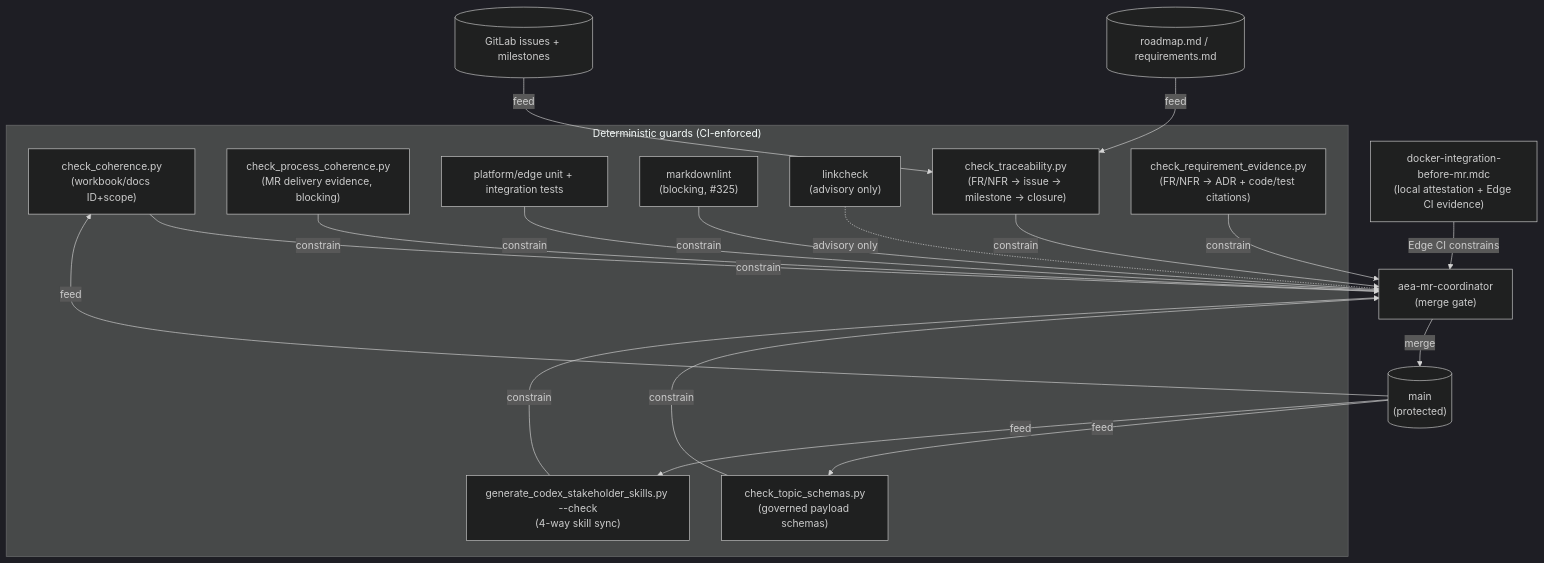
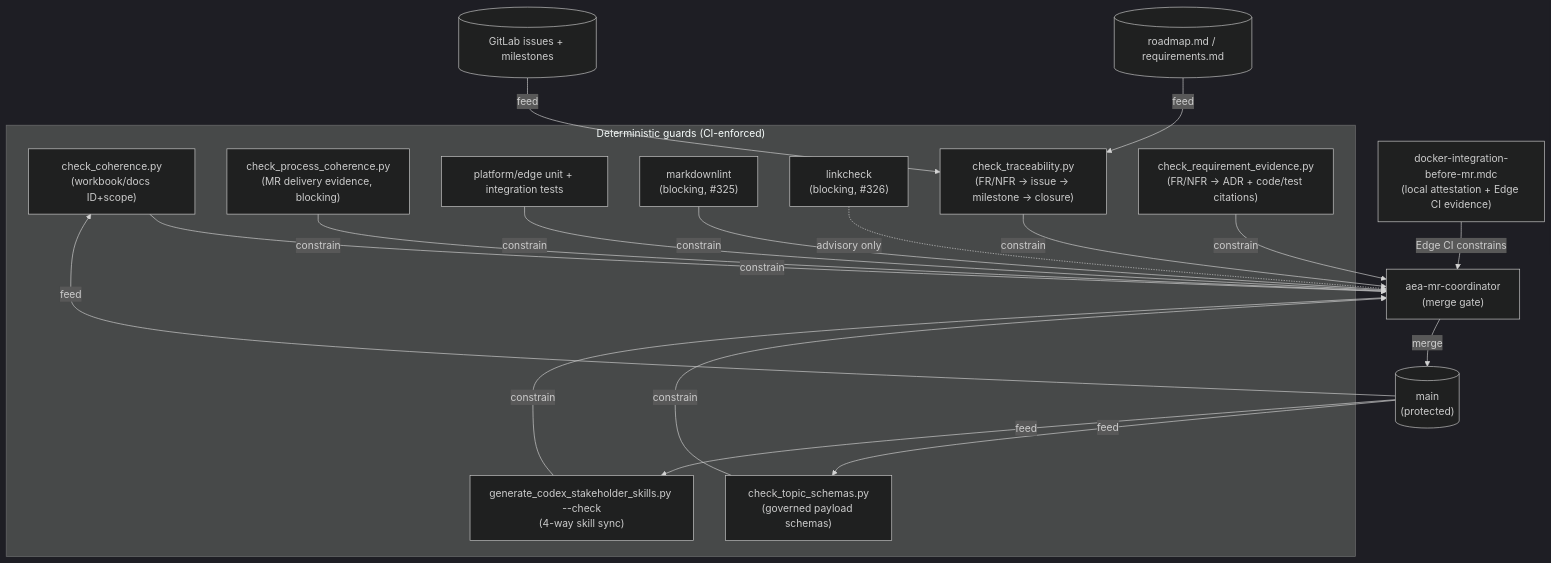
Before and after one commit to artofdream/adaptive-experience: the first of 3 diagrams in research/loop-graph.md, drawn with Mermaid (dark theme). The commit also changed other lines of this file and 16 other files, not shown here.

````diff
--- a/research/loop-graph.md
+++ b/research/loop-graph.md
@@ -48,36 +48,36 @@
 ```mermaid
 flowchart TD
     subgraph guards["Deterministic guards (CI-enforced)"]
         CC["check_coherence.py<br/>(workbook/docs ID+scope)"]
         TS["check_topic_schemas.py<br/>(governed payload schemas)"]
         SS["generate_codex_stakeholder_skills.py --check<br/>(4-way skill sync)"]
         PC["check_process_coherence.py<br/>(MR delivery evidence, blocking)"]
         PU["platform/edge unit + integration tests"]
         LINT["markdownlint<br/>(blocking, #325)"]
-        LINK["linkcheck<br/>(advisory only)"]
+        LINK["linkcheck<br/>(blocking, #326)"]
         TRACE["check_traceability.py<br/>(FR/NFR -> issue -> milestone -> closure)"]
         EVIDENCE["check_requirement_evidence.py<br/>(FR/NFR -> ADR + code/test citations)"]
     end
     DOCKER["docker-integration-before-mr.mdc<br/>(local attestation + Edge CI evidence)"]
     MRC["aea-mr-coordinator<br/>(merge gate)"]
     MAIN[("main<br/>(protected)")]
     ROADMAP[("roadmap.md / requirements.md")]
     ISSUES[("GitLab issues + milestones")]
 
     CC -- constrain --> MRC
     TS -- constrain --> MRC
     SS -- constrain --> MRC
     PC -- constrain --> MRC
     PU -- constrain --> MRC
     LINT -- constrain --> MRC
     LINK -. advisory only .-> MRC
     DOCKER -- "Edge CI constrains" --> MRC
     ROADMAP -- feed --> TRACE
     ISSUES -- feed --> TRACE
     TRACE -- constrain --> MRC
     EVIDENCE -- constrain --> MRC
     MRC -- merge --> MAIN
     MAIN -- feed --> CC
     MAIN -- feed --> TS
     MAIN -- feed --> SS
 ```
````
